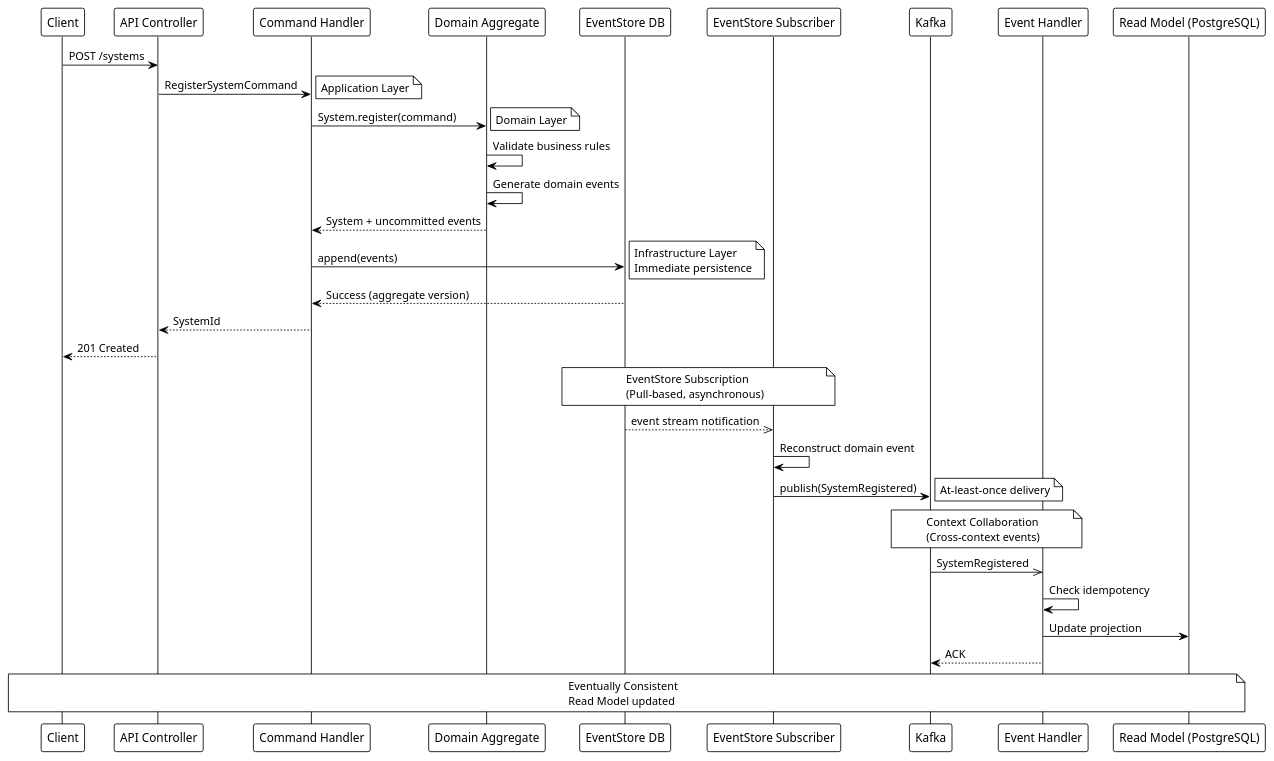
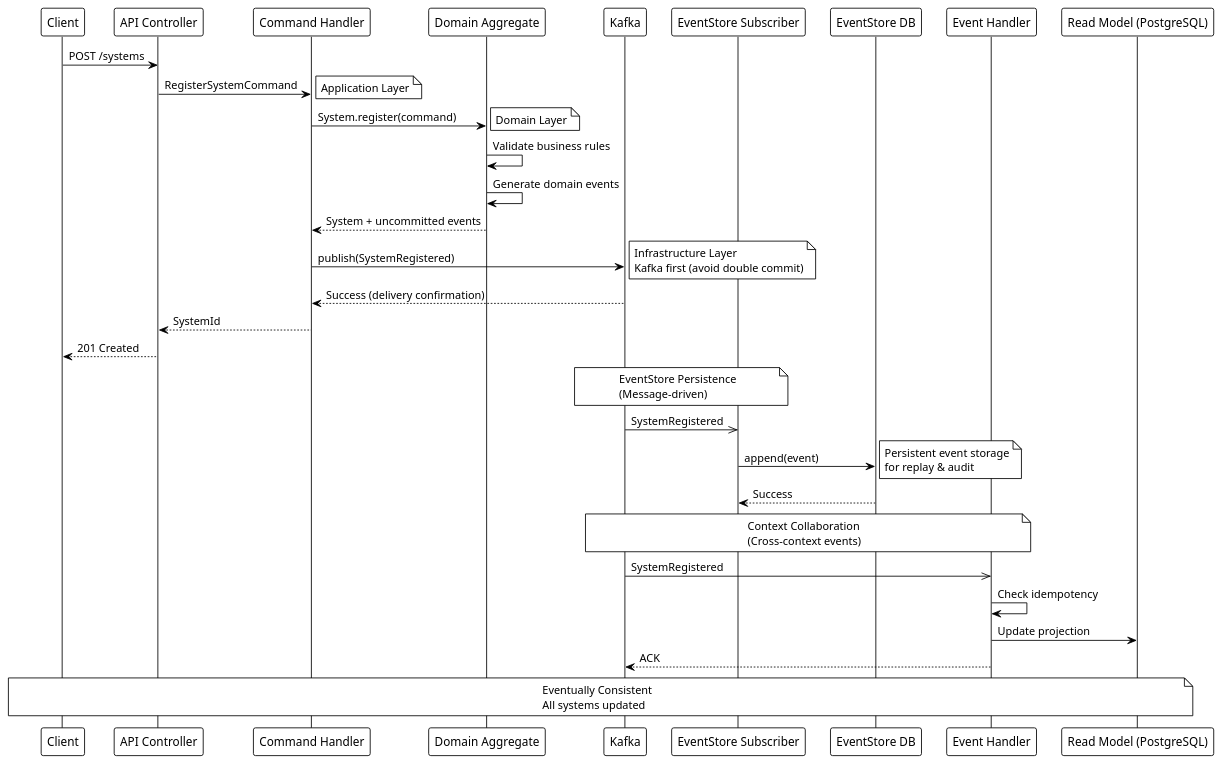
The first of 3 diagrams in docs/architecture/event-sourcing-cqrs.md (masakazu1967/system-board), drawn with PlantUML before and after one commit. The commit also changed other lines of this file and 1 other file, not shown here.

````diff
--- a/docs/architecture/event-sourcing-cqrs.md
+++ b/docs/architecture/event-sourcing-cqrs.md
@@ -22,45 +23,45 @@
 ```plantuml
 @startuml event_store_flow
 !theme plain
 
 participant "Client" as Client
 participant "API Controller" as API
 participant "Command Handler" as CH
 participant "Domain Aggregate" as DA
+participant "Kafka" as Kafka
+participant "EventStore Subscriber" as ESub
 participant "EventStore DB" as ES
-participant "EventStore Subscriber" as Sub
-participant "Kafka" as Kafka
 participant "Event Handler" as EH
 participant "Read Model (PostgreSQL)" as RM
 
 Client -> API: POST /systems
 API -> CH: RegisterSystemCommand
 note right: Application Layer
 
 CH -> DA: System.register(command)
 note right: Domain Layer
 DA -> DA: Validate business rules
 DA -> DA: Generate domain events
 DA --> CH: System + uncommitted events
 
-CH -> ES: append(events)
-note right: Infrastructure Layer\nImmediate persistence
-ES --> CH: Success (aggregate version)
+CH -> Kafka: publish(SystemRegistered)
+note right: Infrastructure Layer\nKafka first (avoid double commit)
+Kafka --> CH: Success (delivery confirmation)
 CH --> API: SystemId
 API --> Client: 201 Created
 
-note over ES,Sub: EventStore Subscription\n(Pull-based, asynchronous)
-ES -->> Sub: event stream notification
-Sub -> Sub: Reconstruct domain event
-Sub -> Kafka: publish(SystemRegistered)
-note right: At-least-once delivery
+note over Kafka,ESub: EventStore Persistence\n(Message-driven)
+Kafka ->> ESub: SystemRegistered
+ESub -> ES: append(event)
+note right: Persistent event storage\nfor replay & audit
+ES --> ESub: Success
 
 note over Kafka,EH: Context Collaboration\n(Cross-context events)
 Kafka ->> EH: SystemRegistered
 EH -> EH: Check idempotency
 EH -> RM: Update projection
 EH --> Kafka: ACK
 
-note over Client,RM: Eventually Consistent\nRead Model updated
+note over Client,RM: Eventually Consistent\nAll systems updated
 @enduml
 ```
````
